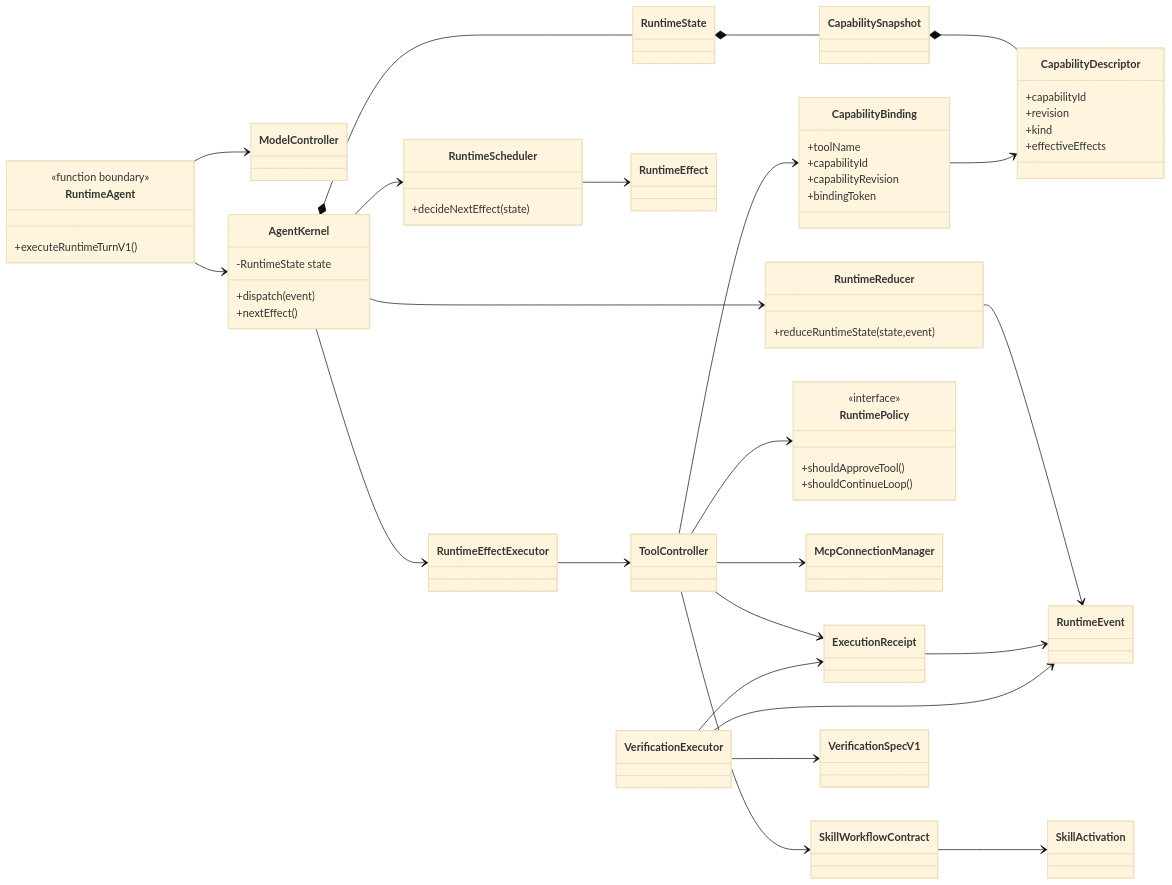
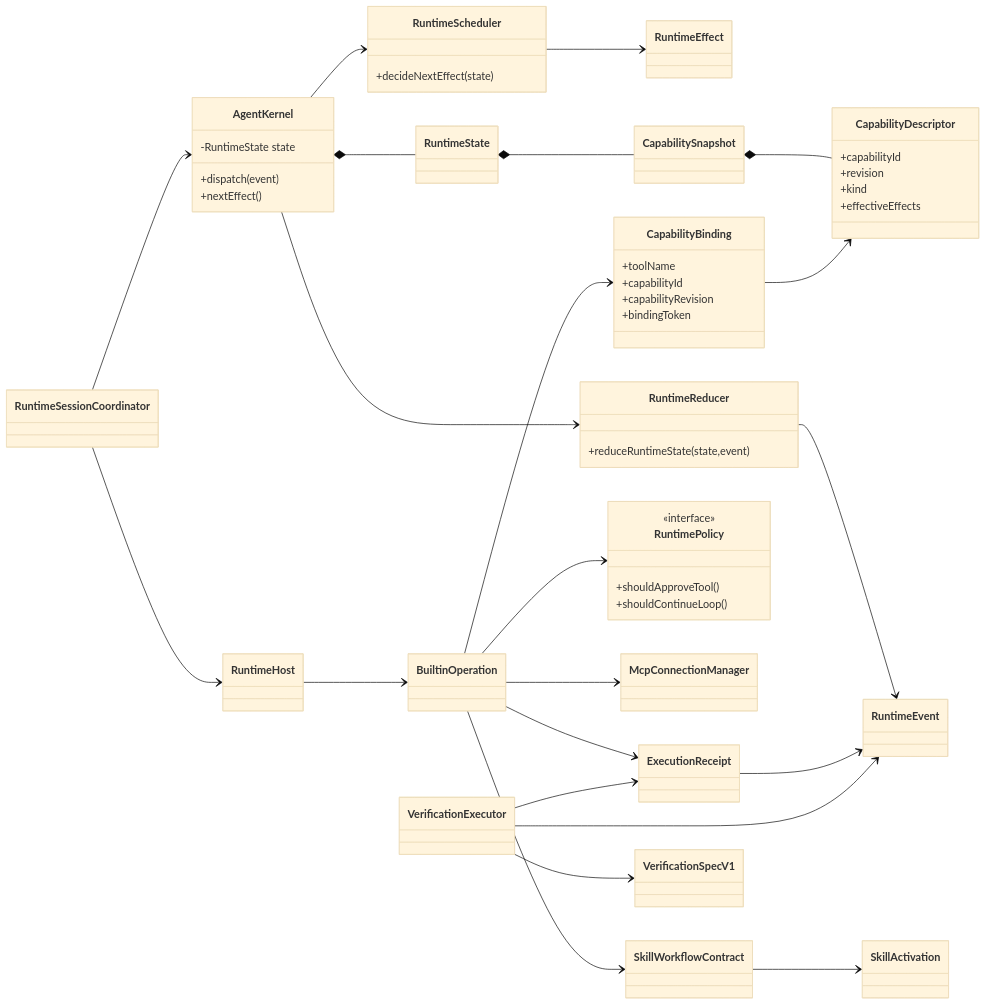
Before and after one commit to ferqx/kite-code: the second of 2 diagrams in docs/active/six-concept-runtime-architecture.md, drawn with Mermaid (base theme). The commit also changed other lines of this file and 22 other files, not shown here.

Commit message:
feat(runtime): freeze RAV1 authority threat model

````diff
--- a/docs/active/six-concept-runtime-architecture.md
+++ b/docs/active/six-concept-runtime-architecture.md
@@ -706,73 +709,68 @@
 ```mermaid
 classDiagram
 direction LR
 
-class RuntimeAgent {
-  <<function boundary>>
-  +executeRuntimeTurnV1()
-}
-class ModelController
 class AgentKernel {
   -RuntimeState state
   +dispatch(event)
   +nextEffect()
 }
 class RuntimeState
 class RuntimeEvent
 class RuntimeEffect
 class RuntimeScheduler {
   +decideNextEffect(state)
 }
 class RuntimeReducer {
   +reduceRuntimeState(state,event)
 }
 class CapabilitySnapshot
 class CapabilityDescriptor {
   +capabilityId
   +revision
   +kind
   +effectiveEffects
 }
 class CapabilityBinding {
   +toolName
   +capabilityId
   +capabilityRevision
   +bindingToken
 }
 class RuntimePolicy {
   <<interface>>
   +shouldApproveTool()
   +shouldContinueLoop()
 }
-class RuntimeEffectExecutor
-class ToolController
+class RuntimeSessionCoordinator
+class RuntimeHost
+class BuiltinOperation
 class McpConnectionManager
 class SkillWorkflowContract
 class SkillActivation
 class ExecutionReceipt
 class VerificationSpecV1
 class VerificationExecutor
 
-RuntimeAgent --> ModelController
-RuntimeAgent --> AgentKernel
+RuntimeSessionCoordinator --> AgentKernel
+RuntimeSessionCoordinator --> RuntimeHost
 AgentKernel *-- RuntimeState
 AgentKernel --> RuntimeScheduler
 AgentKernel --> RuntimeReducer
 RuntimeScheduler --> RuntimeEffect
 RuntimeReducer --> RuntimeEvent
-AgentKernel --> RuntimeEffectExecutor
 RuntimeState *-- CapabilitySnapshot
 CapabilitySnapshot *-- CapabilityDescriptor
 CapabilityBinding --> CapabilityDescriptor
-RuntimeEffectExecutor --> ToolController
-ToolController --> CapabilityBinding
-ToolController --> RuntimePolicy
-ToolController --> McpConnectionManager
-ToolController --> SkillWorkflowContract
+RuntimeHost --> BuiltinOperation
+BuiltinOperation --> CapabilityBinding
+BuiltinOperation --> RuntimePolicy
+BuiltinOperation --> McpConnectionManager
+BuiltinOperation --> SkillWorkflowContract
 SkillWorkflowContract --> SkillActivation
-ToolController --> ExecutionReceipt
+BuiltinOperation --> ExecutionReceipt
 ExecutionReceipt --> RuntimeEvent
 VerificationExecutor --> VerificationSpecV1
 VerificationExecutor --> ExecutionReceipt
 VerificationExecutor --> RuntimeEvent
 ```
````
